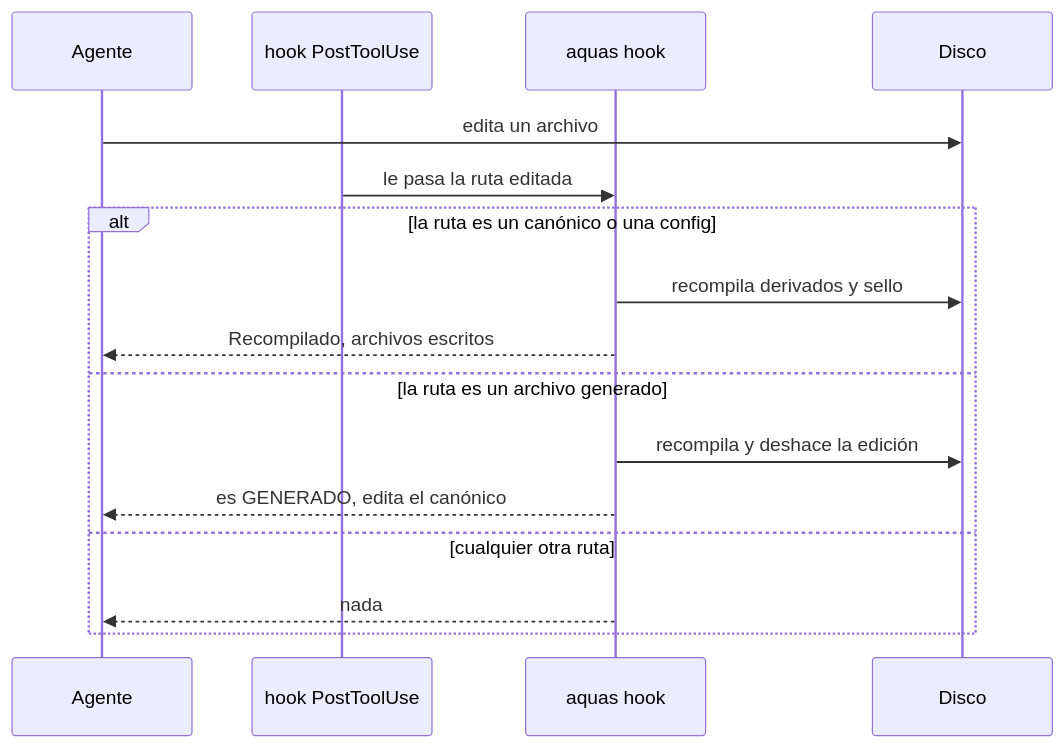
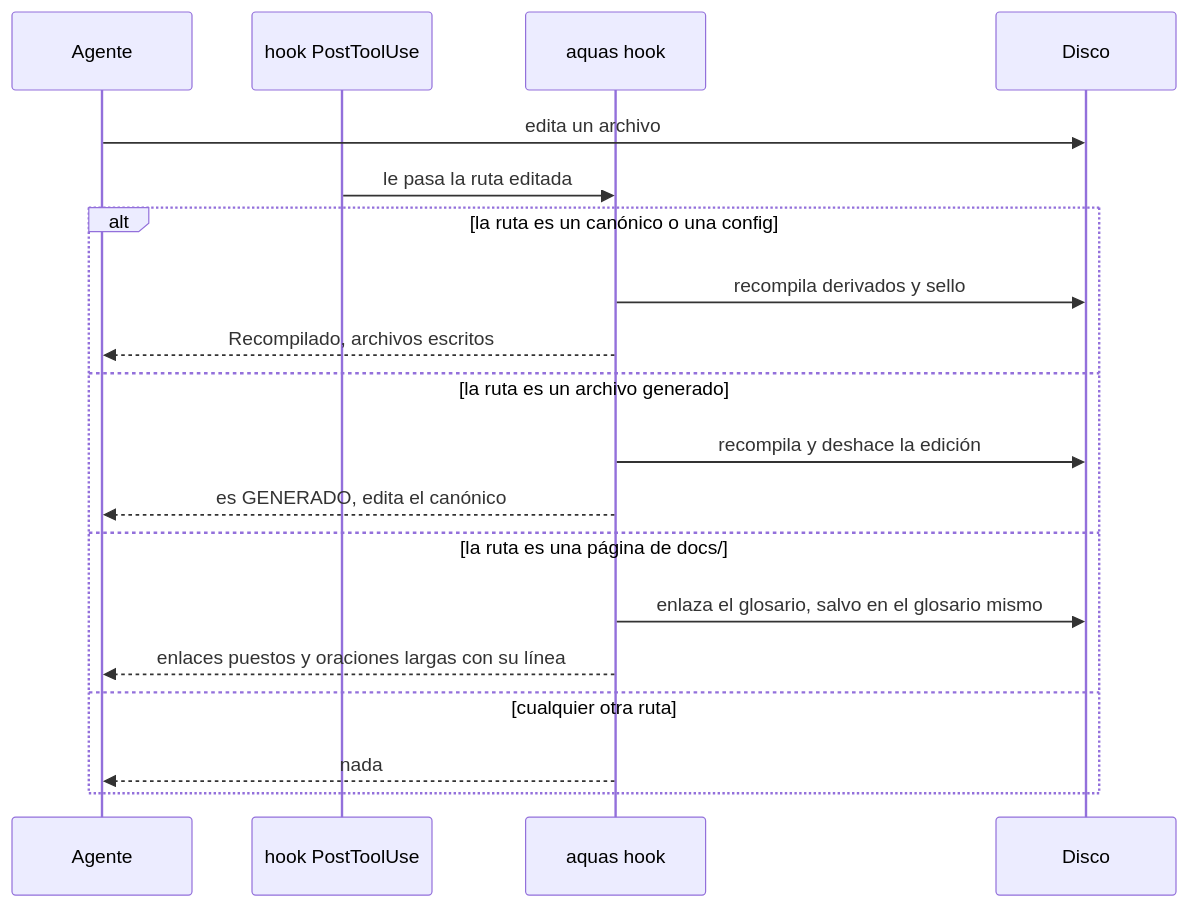
Before and after one commit to jliberal-aquas/aquas-central-harness-government: the diagram in docs/ref/compilador.md, drawn with Mermaid. The commit also changed 21 other files, not shown here.

First line of the commit message:
E000/F006/S004: avisar la oración larga al guardar, con su línea

````diff
--- a/docs/ref/compilador.md
+++ b/docs/ref/compilador.md
@@ -44,18 +44,21 @@
 ```mermaid
 sequenceDiagram
     participant A as Agente
     participant H as hook PostToolUse
     participant K as aquas hook
     participant D as Disco
     A->>D: edita un archivo
     H->>K: le pasa la ruta editada
     alt la ruta es un canónico o una config
         K->>D: recompila derivados y sello
         K-->>A: Recompilado, archivos escritos
     else la ruta es un archivo generado
         K->>D: recompila y deshace la edición
         K-->>A: es GENERADO, edita el canónico
+    else la ruta es una página de docs/
+        K->>D: enlaza el glosario, salvo en el glosario mismo
+        K-->>A: enlaces puestos y oraciones largas con su línea
     else cualquier otra ruta
         K-->>A: nada
     end
 ```
````
